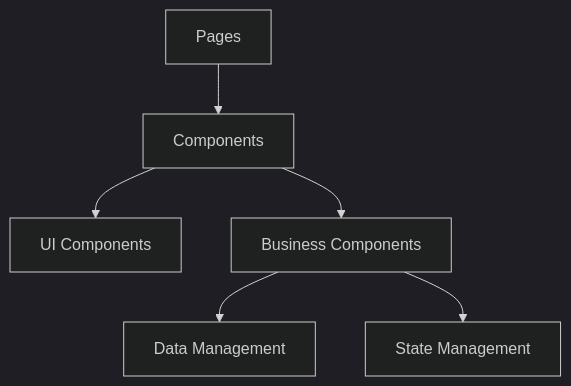
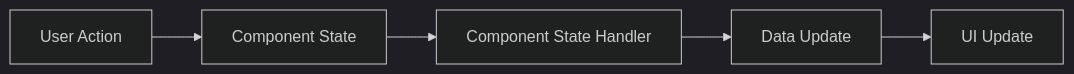
Before and after one commit to maeconomy-org/iob-ui: the second of 3 diagrams in memory-bank/systemPatterns.md, drawn with Mermaid (dark theme). The commit also changed other lines of this file and 77 other files, not shown here.

Commit message:
Major changes, add new views, add search, add graph view, add footer, help and privacy policy/terms pages and minor fixes/updates

````diff
--- a/memory-bank/systemPatterns.md
+++ b/memory-bank/systemPatterns.md
@@ -7,8 +110,7 @@
 ```mermaid
-graph TD
-    A[Pages] --> B[Components]
-    B --> C[UI Components]
-    B --> D[Business Components]
-    D --> E[Data Management]
-    D --> F[State Management]
+flowchart LR
+    A[User Action] --> B[Component State]
+    B --> C[Component State Handler]
+    C --> D[Data Update]
+    D --> E[UI Update]
 ```
````
